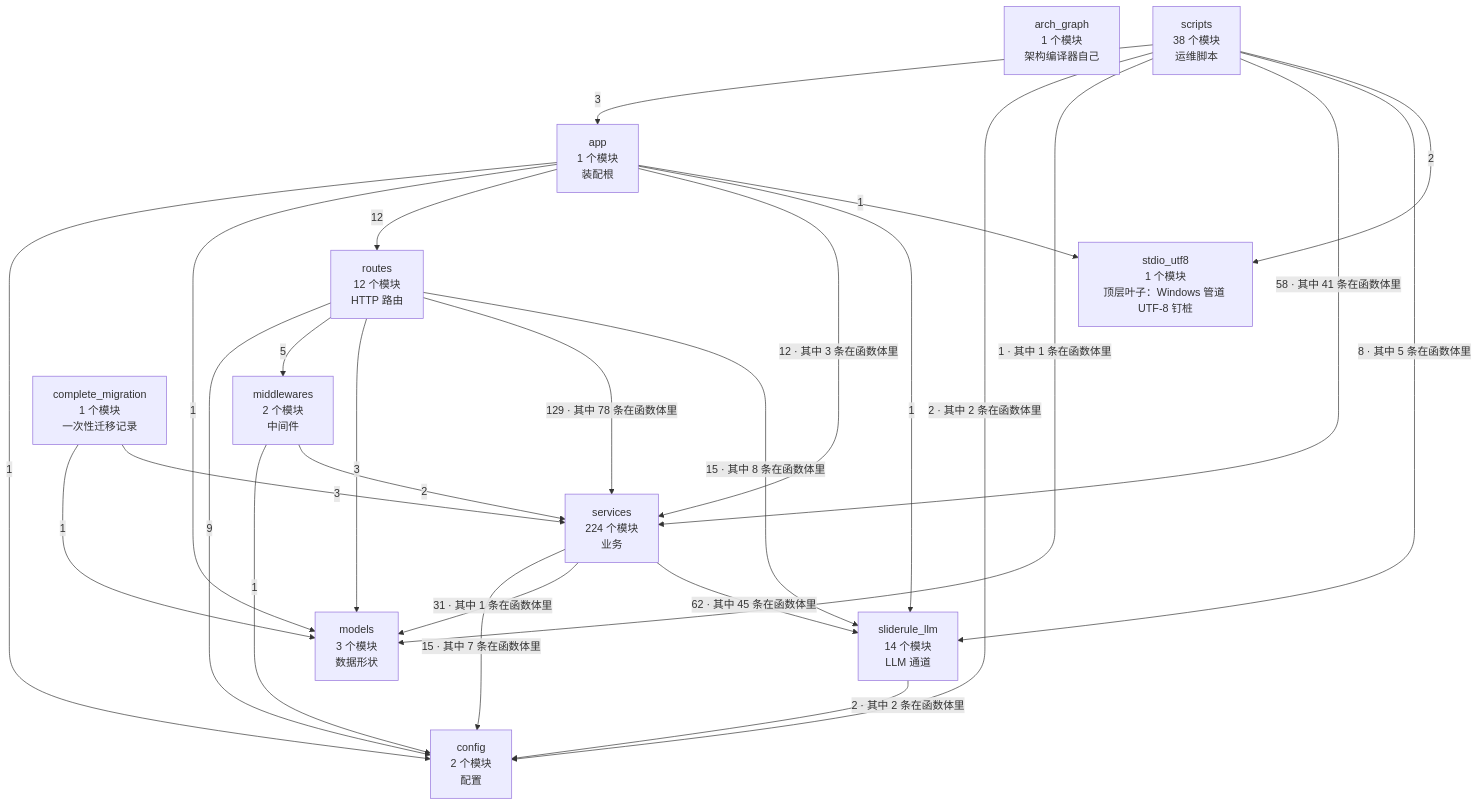
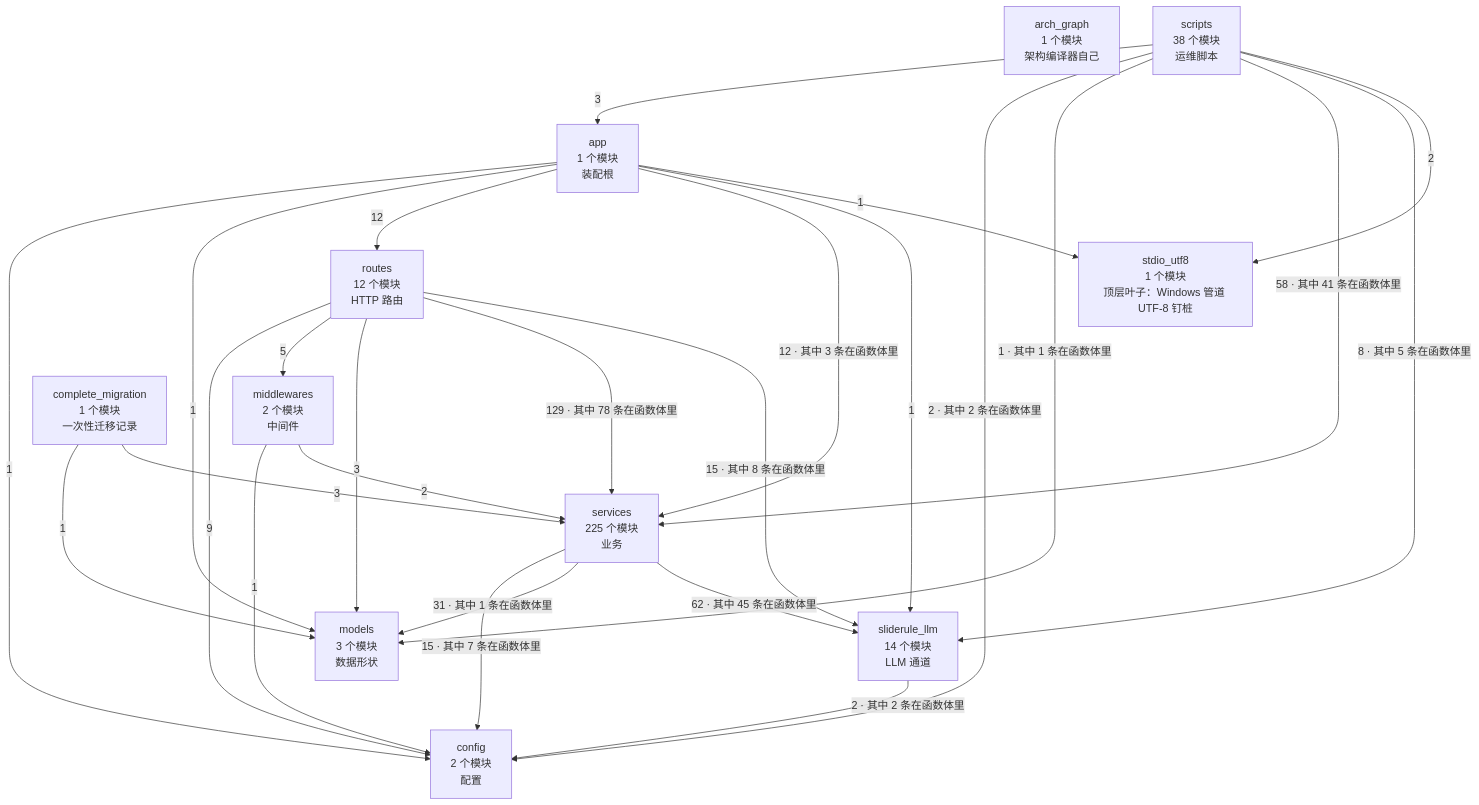
Before and after one commit to 2686521696/WhyBuddy: the second of 4 diagrams in docs/SlideRule V6.2 架构图（自动生成）.md, drawn with Mermaid. The commit also changed other lines of this file and 7 other files, not shown here.

````diff
--- a/docs/SlideRule V6.2 架构图（自动生成）.md
+++ b/docs/SlideRule V6.2 架构图（自动生成）.md
@@ -60,39 +60,39 @@
 ```mermaid
 flowchart TB
   arch_graph["arch_graph<br/>1 个模块<br/>架构编译器自己"]
   config["config<br/>2 个模块<br/>配置"]
   models["models<br/>3 个模块<br/>数据形状"]
   stdio_utf8["stdio_utf8<br/>1 个模块<br/>顶层叶子：Windows 管道 UTF-8 钉桩"]
   sliderule_llm["sliderule_llm<br/>14 个模块<br/>LLM 通道"]
   middlewares["middlewares<br/>2 个模块<br/>中间件"]
-  services["services<br/>224 个模块<br/>业务"]
+  services["services<br/>225 个模块<br/>业务"]
   routes["routes<br/>12 个模块<br/>HTTP 路由"]
   app["app<br/>1 个模块<br/>装配根"]
   complete_migration["complete_migration<br/>1 个模块<br/>一次性迁移记录"]
   scripts["scripts<br/>38 个模块<br/>运维脚本"]
   app -->|1| config
   app -->|1| models
   app -->|12| routes
   app -->|12 · 其中 3 条在函数体里| services
   app -->|1| sliderule_llm
   app -->|1| stdio_utf8
   complete_migration -->|1| models
   complete_migration -->|3| services
   middlewares -->|1| config
   middlewares -->|2| services
   routes -->|9| config
   routes -->|5| middlewares
   routes -->|3| models
   routes -->|129 · 其中 78 条在函数体里| services
   routes -->|15 · 其中 8 条在函数体里| sliderule_llm
   scripts -->|3| app
   scripts -->|2 · 其中 2 条在函数体里| config
   scripts -->|1 · 其中 1 条在函数体里| models
   scripts -->|58 · 其中 41 条在函数体里| services
   scripts -->|8 · 其中 5 条在函数体里| sliderule_llm
   scripts -->|2| stdio_utf8
   services -->|15 · 其中 7 条在函数体里| config
   services -->|31 · 其中 1 条在函数体里| models
   services -->|62 · 其中 45 条在函数体里| sliderule_llm
   sliderule_llm -->|2 · 其中 2 条在函数体里| config
 ```
````
